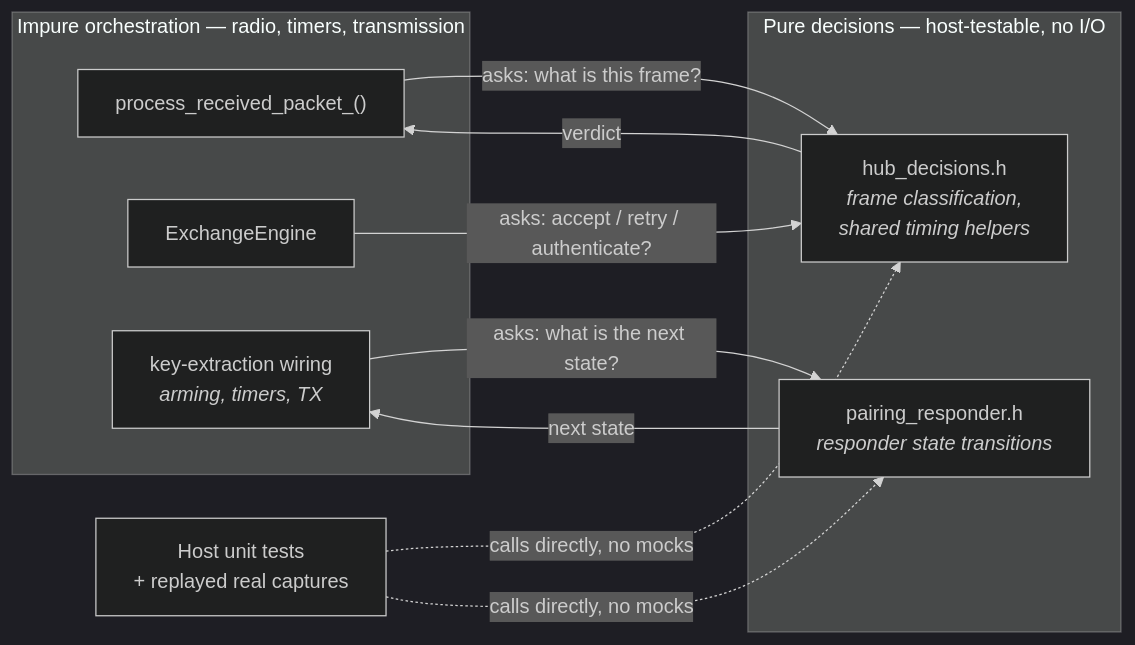
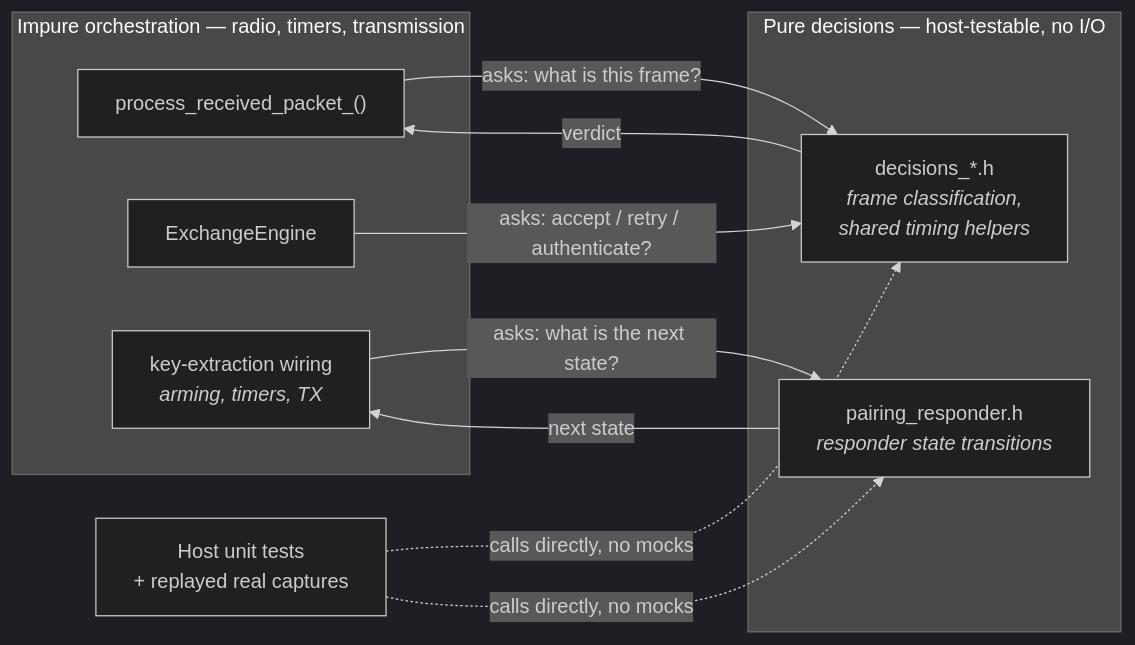
Before and after one commit to laberning/home_io_control: the diagram in docs/adr/0005-pure-decision-logic-separated-from-io.md, drawn with Mermaid (dark theme). The commit also changed other lines of this file and 44 other files, not shown here.

First line of the commit message:
refactor(decisions): split the pure decision helpers by concern

````diff
--- a/docs/adr/0005-pure-decision-logic-separated-from-io.md
+++ b/docs/adr/0005-pure-decision-logic-separated-from-io.md
@@ -23,21 +23,21 @@
 ```mermaid
 flowchart LR
     subgraph Impure["Impure orchestration — radio, timers, transmission"]
         RX["process_received_packet_()"]
         EX["ExchangeEngine"]
         KE["key-extraction wiring<br/><i>arming, timers, TX</i>"]
     end
     subgraph Pure["Pure decisions — host-testable, no I/O"]
-        HD["hub_decisions.h<br/><i>frame classification,<br/>shared timing helpers</i>"]
+        HD["decisions_*.h<br/><i>frame classification,<br/>shared timing helpers</i>"]
         PR["pairing_responder.h<br/><i>responder state transitions</i>"]
     end
     T["Host unit tests<br/>+ replayed real captures"]
 
     RX -->|"asks: what is this frame?"| HD
     EX -->|"asks: accept / retry / authenticate?"| HD
     KE -->|"asks: what is the next state?"| PR
     HD -->|verdict| RX
     PR -->|next state| KE
     T -.->|calls directly, no mocks| HD
     T -.->|calls directly, no mocks| PR
 ```
````
